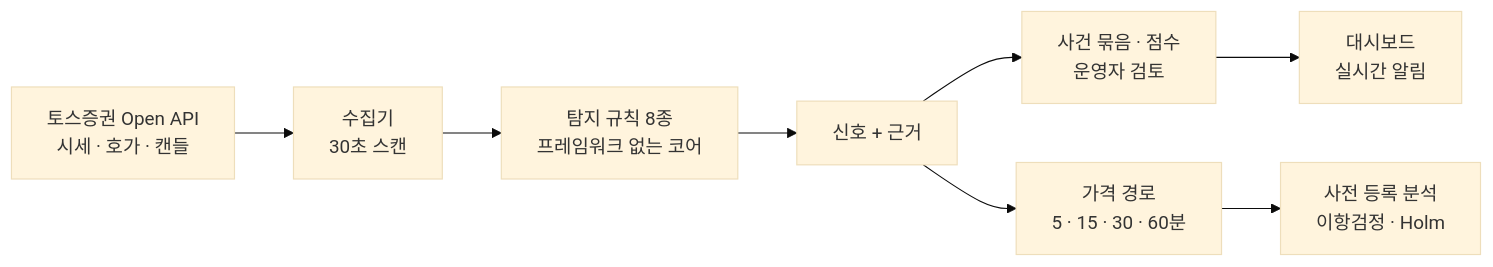
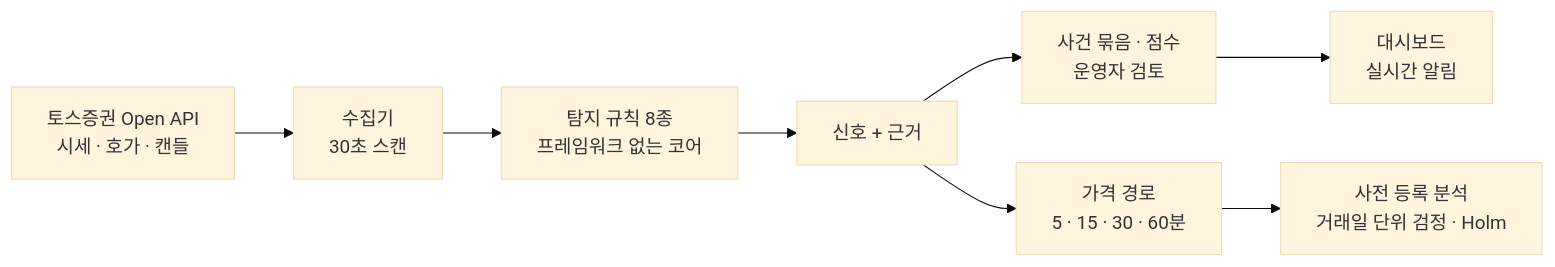
Before and after one commit to mytrashcan/MarketGuard: the diagram in README.md, drawn with Mermaid (base theme). The commit also changed other lines of this file and 10 other files, not shown here.

````diff
--- a/README.md
+++ b/README.md
@@ -36,10 +36,10 @@
 ```mermaid
 flowchart LR
     Toss["토스증권 Open API<br/>시세 · 호가 · 캔들"] --> Scan["수집기<br/>30초 스캔"]
     Scan --> Rules["탐지 규칙 8종<br/>프레임워크 없는 코어"]
     Rules --> Signal["신호 + 근거"]
     Signal --> Case["사건 묶음 · 점수<br/>운영자 검토"]
     Signal --> Path["가격 경로<br/>5 · 15 · 30 · 60분"]
     Case --> UI["대시보드<br/>실시간 알림"]
-    Path --> Analysis["사전 등록 분석<br/>이항검정 · Holm"]
+    Path --> Analysis["사전 등록 분석<br/>거래일 단위 검정 · Holm"]
 ```
````
